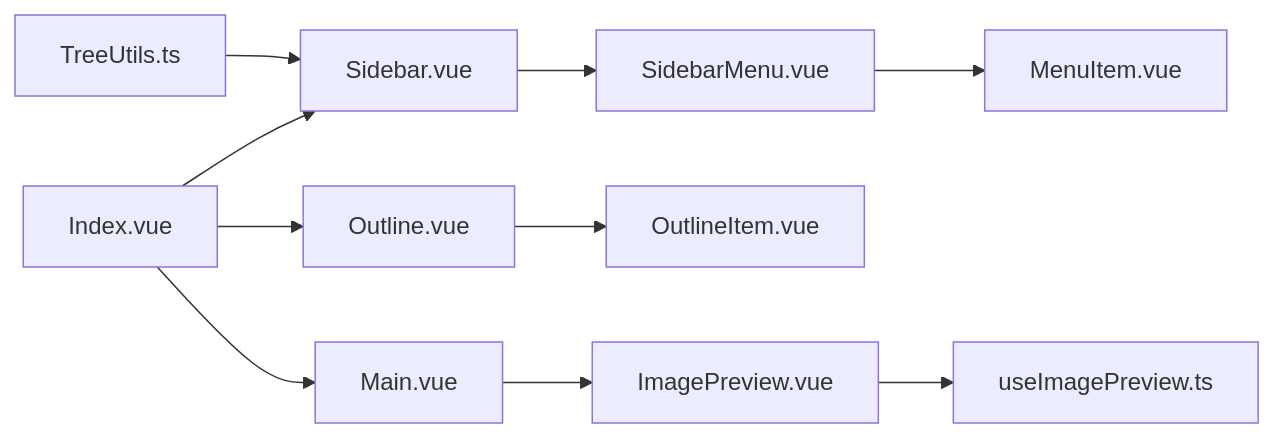
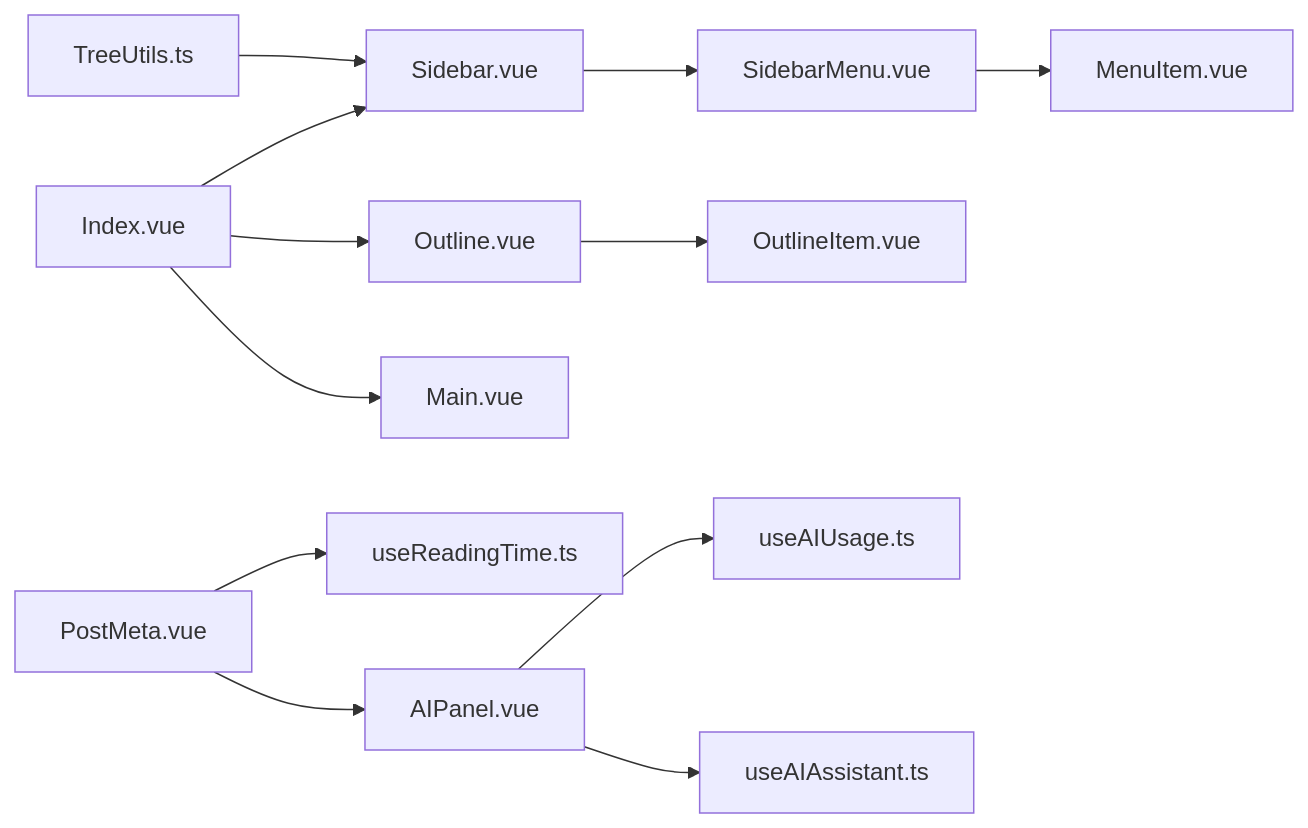
The eighth of 8 diagrams in .qoder/repowiki/zh/content/核心功能/UI 组件系统/内容组件.md (terwer/siyuan-plugin-blog), drawn with Mermaid before and after one commit. The commit also changed other lines of this file and 31 other files, not shown here.

````diff
--- a/.qoder/repowiki/zh/content/核心功能/UI 组件系统/内容组件.md
+++ b/.qoder/repowiki/zh/content/核心功能/UI 组件系统/内容组件.md
@@ -412,12 +494,14 @@
 ```mermaid
 graph LR
 TU["TreeUtils.ts"] --> SB["Sidebar.vue"]
 SB --> SMB["SidebarMenu.vue"]
 SMB --> MB["MenuItem.vue"]
 OUT["Outline.vue"] --> OI["OutlineItem.vue"]
 IDX["Index.vue"] --> SB
 IDX --> OUT
 IDX --> M["Main.vue"]
-M --> IP["ImagePreview.vue"]
-IP --> UV["useImagePreview.ts"]
+PM["PostMeta.vue"] --> RT["useReadingTime.ts"]
+PM --> AIP["AIPanel.vue"]
+AIP --> UA["useAIUsage.ts"]
+AIP --> UAA["useAIAssistant.ts"]
 ```
````
